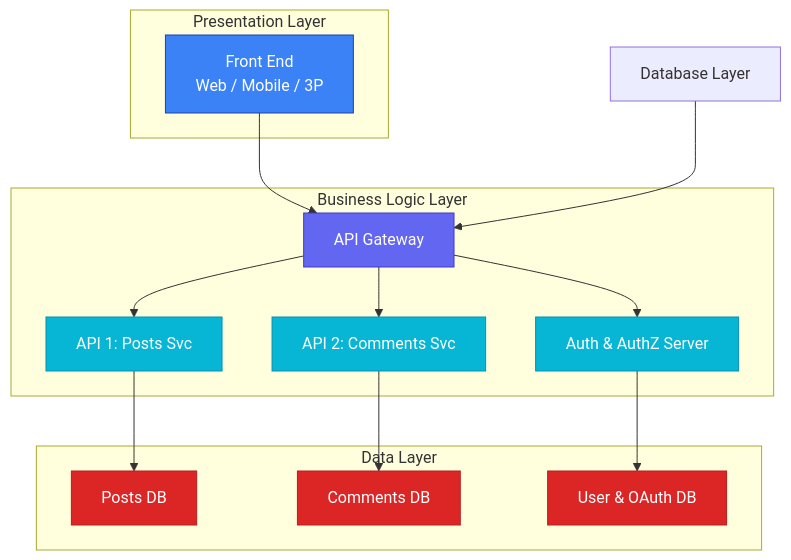
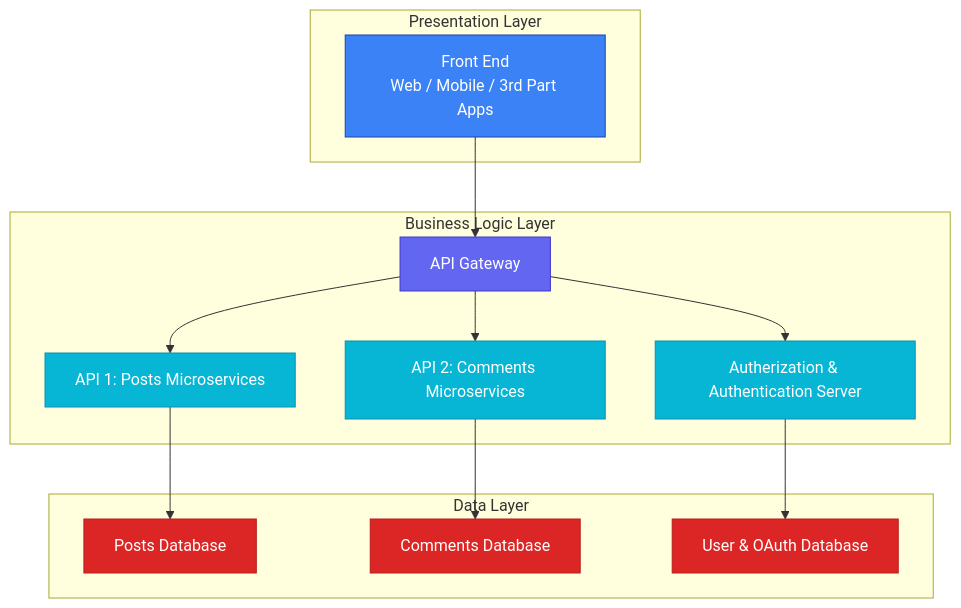
The diagram in README.md (yudhvir01/Microservices-project), drawn with Mermaid before and after one commit.

````diff
--- a/README.md
+++ b/README.md
@@ -19,40 +19,39 @@
 ```mermaid
 graph TD
-    FE[Front End<br/>Web / Mobile / 3P] --> AG[API Gateway]
-    DB[Database Layer] --> AG
+    FE[Front End<br/>Web / Mobile / 3rd Part Apps] --> AG[API Gateway]
     
-    AG --> API1[API 1: Posts Svc]
-    AG --> API2[API 2: Comments Svc]
-    AG --> AUTH[Auth & AuthZ Server]
+    AG --> API1[API 1: Posts Microservices]
+    AG --> API2[API 2: Comments Microservices]
+    AG --> AUTH[Autherization & Authentication Server]
     
-    API1 --> DB1[Posts DB]
-    API2 --> DB2[Comments DB]
-    AUTH --> DB3[User & OAuth DB]
+    API1 --> DB1[Posts Database]
+    API2 --> DB2[Comments Database]
+    AUTH --> DB3[User & OAuth Database]
     
     subgraph "Presentation Layer"
         FE
     end
     
     subgraph "Business Logic Layer"
         AG
         API1
         API2
         AUTH
     end
     
     subgraph "Data Layer"
         DB1
         DB2
         DB3
     end
     
     classDef frontend fill:#3b82f6,stroke:#1e40af,color:#fff
     classDef api fill:#06b6d4,stroke:#0891b2,color:#fff
     classDef gateway fill:#6366f1,stroke:#4338ca,color:#fff
     classDef database fill:#dc2626,stroke:#b91c1c,color:#fff
     
     class FE frontend
     class AG gateway
     class API1,API2,AUTH api
     class DB1,DB2,DB3 database
 ```
````
